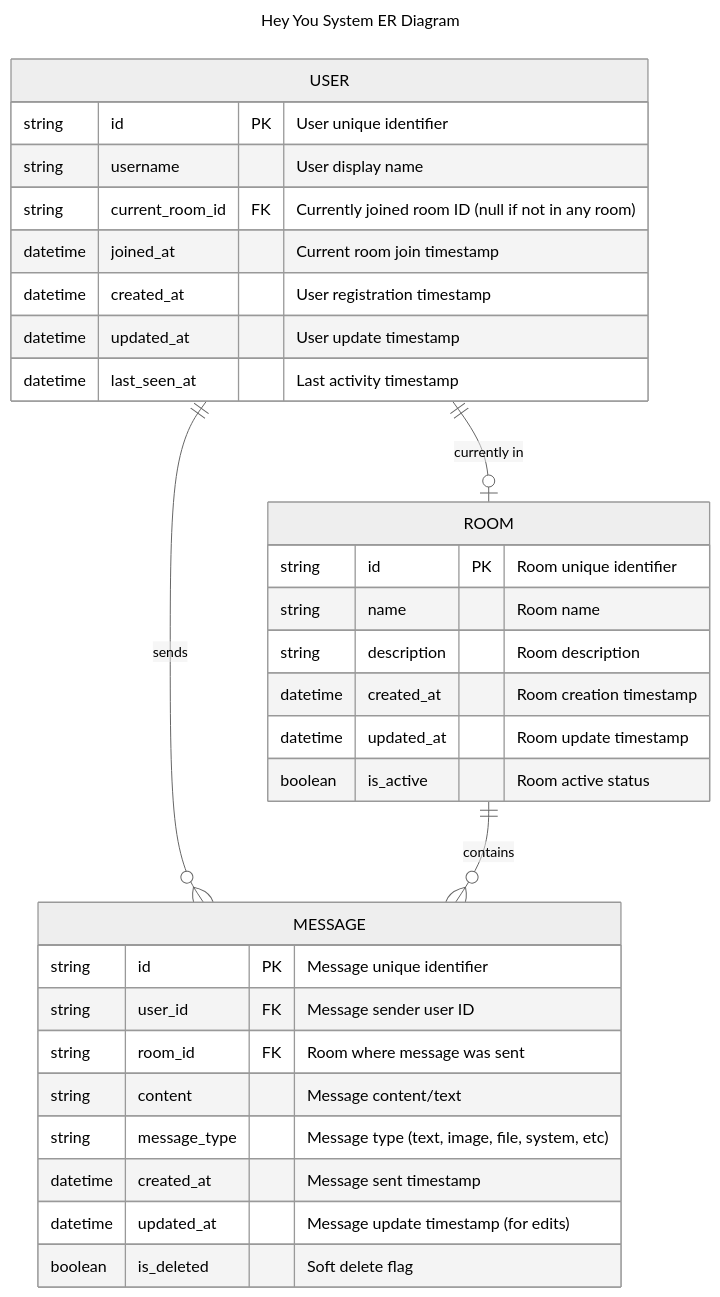
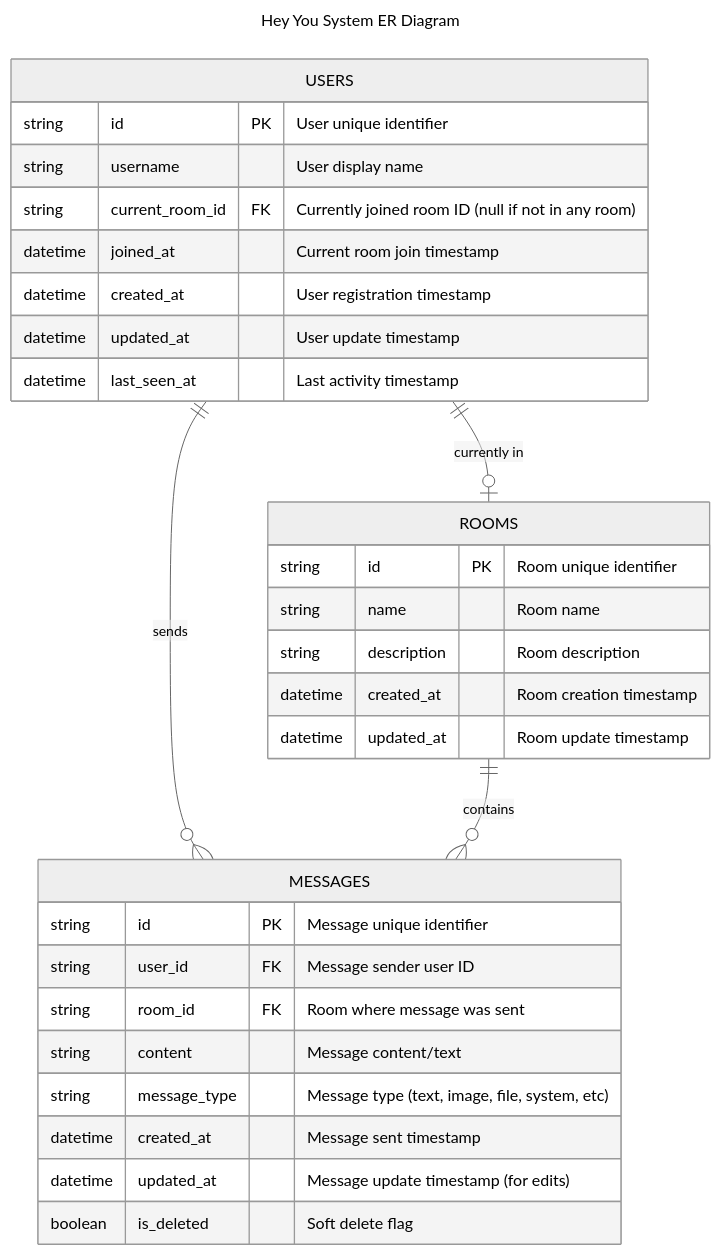
The diagram in misc/er.mmd (naosuke884/hey-you-specs), drawn with Mermaid (neutral theme) before and after one commit.

```diff
--- a/misc/er.mmd
+++ b/misc/er.mmd
@@ -1,37 +1,36 @@
 ---
 title: Hey You System ER Diagram
 ---
 erDiagram
-    USER ||--o| ROOM : "currently in"
-    USER ||--o{ MESSAGE : sends
-    ROOM ||--o{ MESSAGE : contains
+    USERS ||--o| ROOMS : "currently in"
+    USERS ||--o{ MESSAGES : sends
+    ROOMS ||--o{ MESSAGES : contains
     
-    ROOM {
+    ROOMS {
         string id PK "Room unique identifier"
         string name "Room name"
         string description "Room description"
         datetime created_at "Room creation timestamp"
         datetime updated_at "Room update timestamp"
-        boolean is_active "Room active status"
     }
     
-    USER {
+    USERS {
         string id PK "User unique identifier"
         string username "User display name"
         string current_room_id FK "Currently joined room ID (null if not in any room)"
         datetime joined_at "Current room join timestamp"
         datetime created_at "User registration timestamp"
         datetime updated_at "User update timestamp"
         datetime last_seen_at "Last activity timestamp"
     }
     
-    MESSAGE {
+    MESSAGES {
         string id PK "Message unique identifier"
         string user_id FK "Message sender user ID"
         string room_id FK "Room where message was sent"
         string content "Message content/text"
         string message_type "Message type (text, image, file, system, etc)"
         datetime created_at "Message sent timestamp"
         datetime updated_at "Message update timestamp (for edits)"
         boolean is_deleted "Soft delete flag"
     }
```
